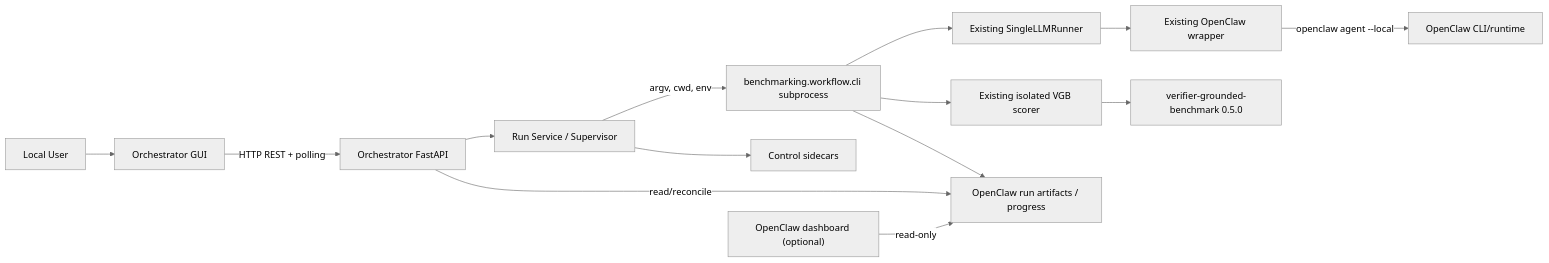
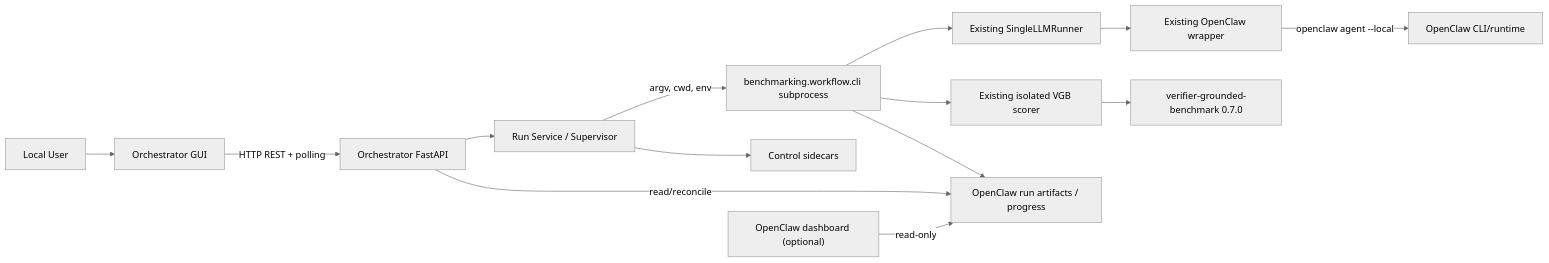
Before and after one commit to crystal668-hub/Benchmark-Orchestrator: the first of 6 diagrams in 架构设计.md, drawn with Mermaid (neutral theme). The commit also changed other lines of this file and 10 other files, not shown here.

Commit message:
chore: sync benchmark runtime vgb 0.7.0

````diff
--- a/架构设计.md
+++ b/架构设计.md
@@ -45,16 +45,16 @@
 ```mermaid
 flowchart LR
     U["Local User"] --> GUI["Orchestrator GUI"]
     GUI -->|"HTTP REST + polling"| API["Orchestrator FastAPI"]
     API --> RS["Run Service / Supervisor"]
     RS -->|"argv, cwd, env"| CLI["benchmarking.workflow.cli subprocess"]
     CLI --> SR["Existing SingleLLMRunner"]
     SR --> OW["Existing OpenClaw wrapper"]
     OW -->|"openclaw agent --local"| OC["OpenClaw CLI/runtime"]
     CLI --> VS["Existing isolated VGB scorer"]
-    VS --> VGB["verifier-grounded-benchmark 0.5.0"]
+    VS --> VGB["verifier-grounded-benchmark 0.7.0"]
     CLI --> ART["OpenClaw run artifacts / progress"]
     API -->|"read/reconcile"| ART
     RS --> CTRL["Control sidecars"]
     OD["OpenClaw dashboard (optional)"] -->|"read-only"| ART
 ```
````
